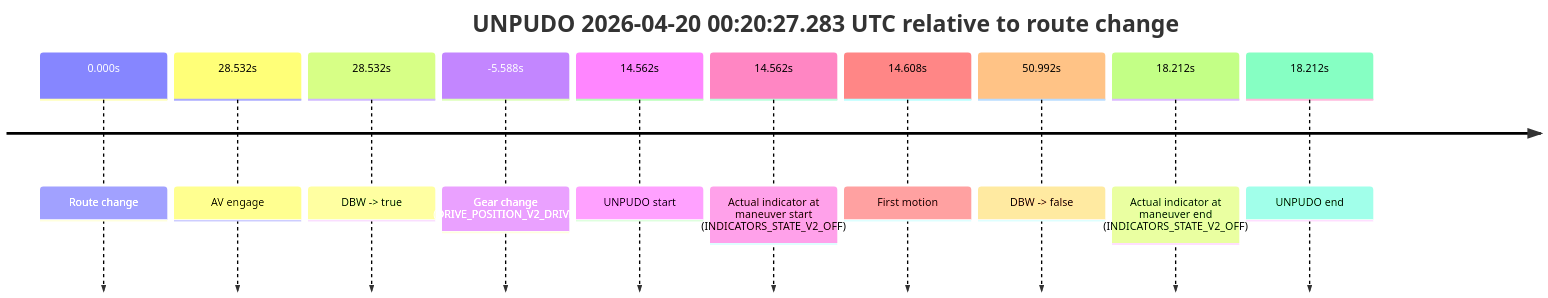
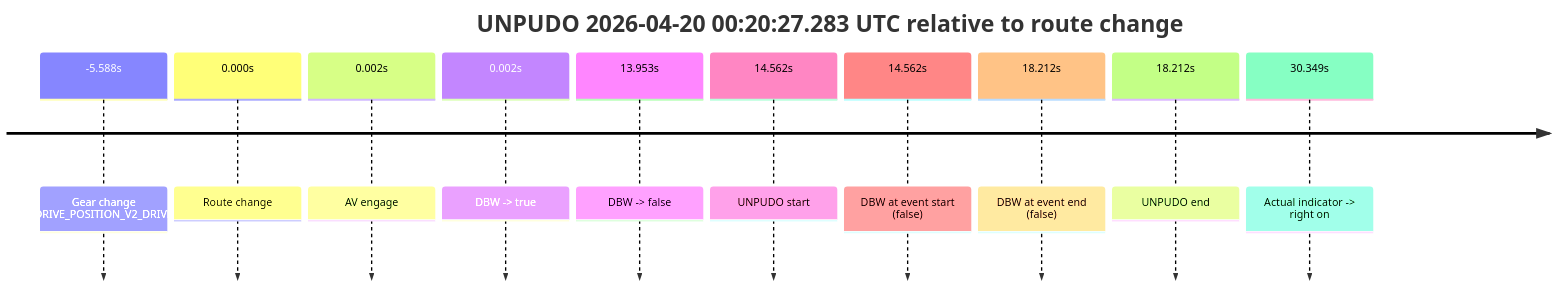
Before and after one commit to yoelshapiro/vault: the first of 5 diagrams in model_analysis/report_cards/2026/04/Week-4/fme10003--2026-04-20--00-17-49--gen2-av-81084107-eb92-4ac2-bd9a-21ddf7cc8172.md, drawn with Mermaid. The commit also changed other lines of this file and 85 other files, not shown here.

````diff
--- a/model_analysis/report_cards/2026/04/Week-4/fme10003--2026-04-20--00-17-49--gen2-av-81084107-eb92-4ac2-bd9a-21ddf7cc8172.md
+++ b/model_analysis/report_cards/2026/04/Week-4/fme10003--2026-04-20--00-17-49--gen2-av-81084107-eb92-4ac2-bd9a-21ddf7cc8172.md
@@ -43,14 +43,14 @@
 ```mermaid
 timeline
     title UNPUDO 2026-04-20 00:20:27.283 UTC relative to route change
+    -5.588s : Gear change (DRIVE_POSITION_V2_DRIVE)
     0.000s : Route change
-    28.532s : AV engage
-    28.532s : DBW -> true
-    -5.588s : Gear change (DRIVE_POSITION_V2_DRIVE)
+    0.002s : AV engage
+    0.002s : DBW -> true
+    13.953s : DBW -> false
     14.562s : UNPUDO start
-    14.562s : Actual indicator at maneuver start (INDICATORS_STATE_V2_OFF)
-    14.608s : First motion
-    50.992s : DBW -> false
-    18.212s : Actual indicator at maneuver end (INDICATORS_STATE_V2_OFF)
+    14.562s : DBW at event start (false)
+    18.212s : DBW at event end (false)
     18.212s : UNPUDO end
+    30.349s : Actual indicator -> right on
 ```
````
